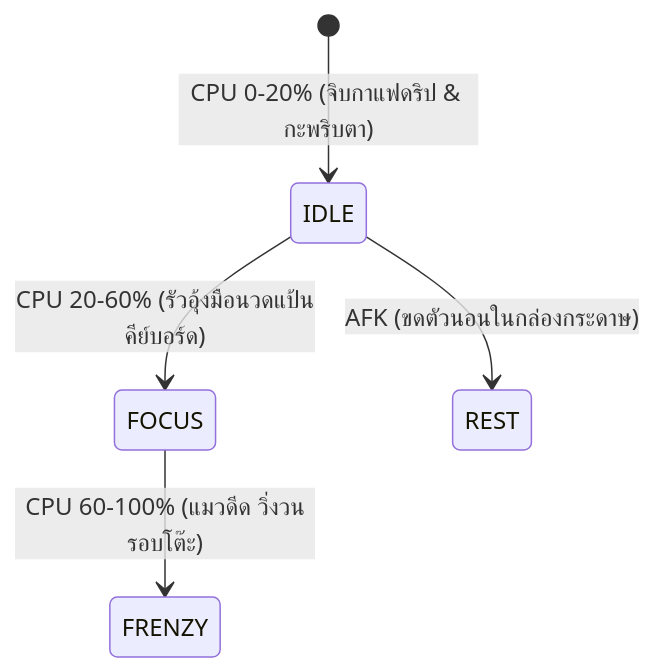
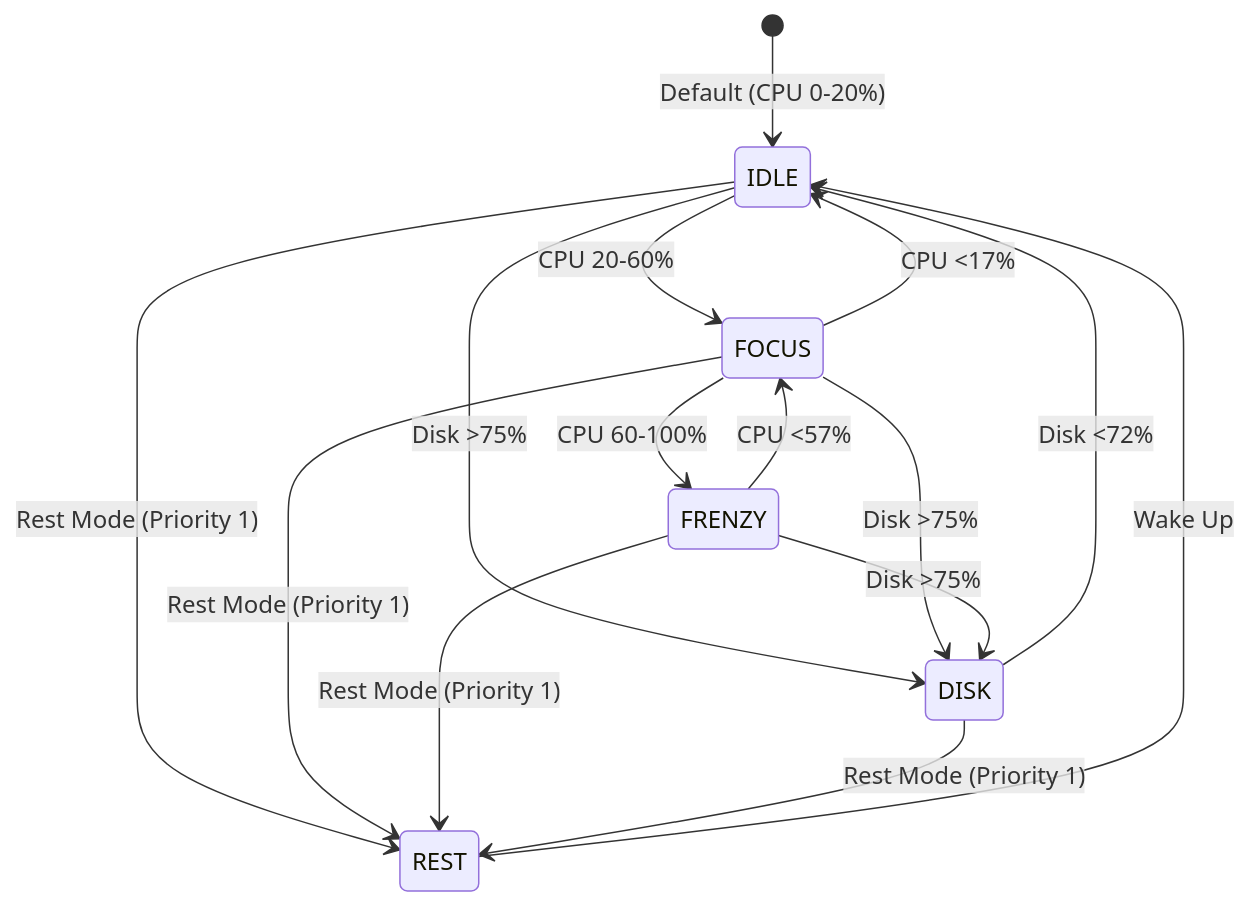
One commit to vavinon/lofi-bun-companion changed the second of 2 diagrams in non-docs/specs/characters/character-design-neko.md. Above: the diagram before and after it, drawn with Mermaid. The commit also changed other lines of this file and 8 other files, not shown here.

````diff
--- a/non-docs/specs/characters/character-design-neko.md
+++ b/non-docs/specs/characters/character-design-neko.md
@@ -45,7 +46,17 @@
 ```mermaid
 stateDiagram-v2
-    [*] --> IDLE : CPU 0-20% (จิบกาแฟดริป & กะพริบตา)
-    IDLE --> FOCUS : CPU 20-60% (รัวอุ้งมือนวดแป้นคีย์บอร์ด)
-    FOCUS --> FRENZY : CPU 60-100% (แมวดีด วิ่งวนรอบโต๊ะ)
-    IDLE --> REST : AFK (ขดตัวนอนในกล่องกระดาษ)
+    [*] --> IDLE : Default (CPU 0-20%)
+    IDLE --> FOCUS : CPU 20-60%
+    FOCUS --> FRENZY : CPU 60-100%
+    FRENZY --> FOCUS : CPU <57%
+    FOCUS --> IDLE : CPU <17%
+    IDLE --> DISK : Disk >75%
+    FOCUS --> DISK : Disk >75%
+    FRENZY --> DISK : Disk >75%
+    DISK --> IDLE : Disk <72%
+    IDLE --> REST : Rest Mode (Priority 1)
+    FOCUS --> REST : Rest Mode (Priority 1)
+    FRENZY --> REST : Rest Mode (Priority 1)
+    DISK --> REST : Rest Mode (Priority 1)
+    REST --> IDLE : Wake Up
 ```
````
